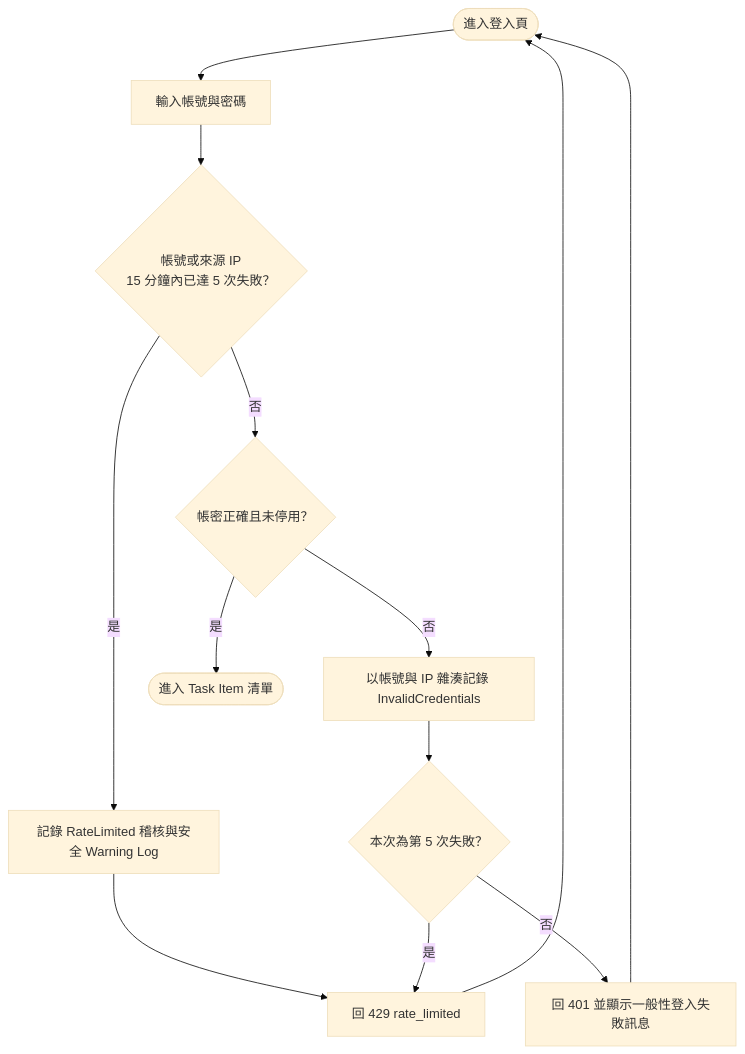
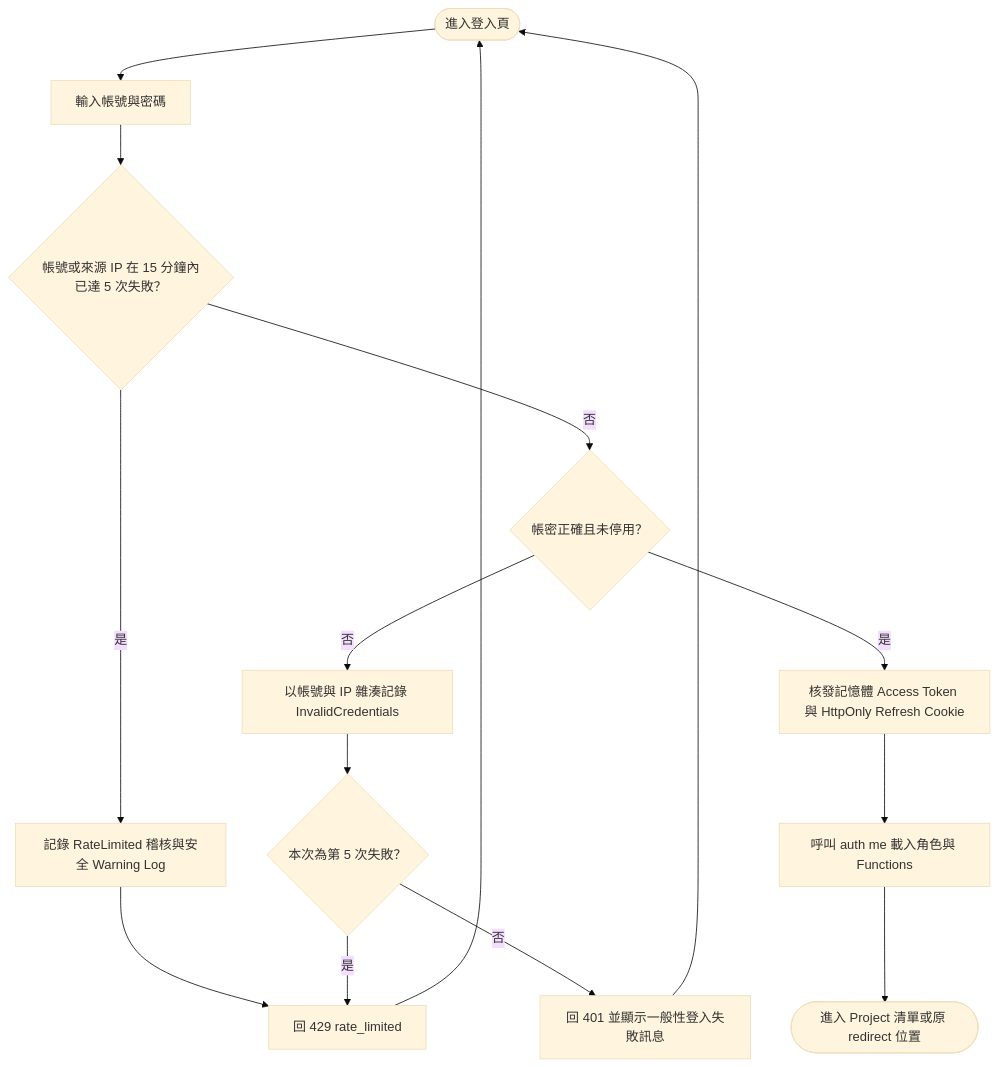
The second of 2 diagrams in Flowchart/註冊、Email 驗證與登入.md (JJDing-Louis/ProjectManagementWeb_Spec), drawn with Mermaid (base theme) before and after one commit. The commit also changed other lines of this file and 40 other files, not shown here.

````diff
--- a/Flowchart/註冊、Email 驗證與登入.md
+++ b/Flowchart/註冊、Email 驗證與登入.md
@@ -31,15 +33,17 @@
 ```mermaid
 flowchart TB
     loginStart([進入登入頁]) --> enterCredentials[輸入帳號與密碼]
-    enterCredentials --> rateLimited{帳號或來源 IP<br/>15 分鐘內已達 5 次失敗？}
+    enterCredentials --> rateLimited{帳號或來源 IP 在 15 分鐘內已達 5 次失敗？}
     rateLimited -->|是| recordLimited[記錄 RateLimited 稽核與安全 Warning Log]
     recordLimited --> showRateLimit[回 429 rate_limited]
     showRateLimit --> loginStart
     rateLimited -->|否| loginAllowed{帳密正確且未停用？}
     loginAllowed -->|否| recordFailure[以帳號與 IP 雜湊記錄 InvalidCredentials]
     recordFailure --> fifthFailure{本次為第 5 次失敗？}
     fifthFailure -->|否| showLoginError[回 401 並顯示一般性登入失敗訊息]
     fifthFailure -->|是| showRateLimit
     showLoginError --> loginStart
-    loginAllowed -->|是| taskList([進入 Task Item 清單])
+    loginAllowed -->|是| issueSession[核發記憶體 Access Token 與 HttpOnly Refresh Cookie]
+    issueSession --> currentUser[呼叫 auth me 載入角色與 Functions]
+    currentUser --> projectList([進入 Project 清單或原 redirect 位置])
 ```
````
